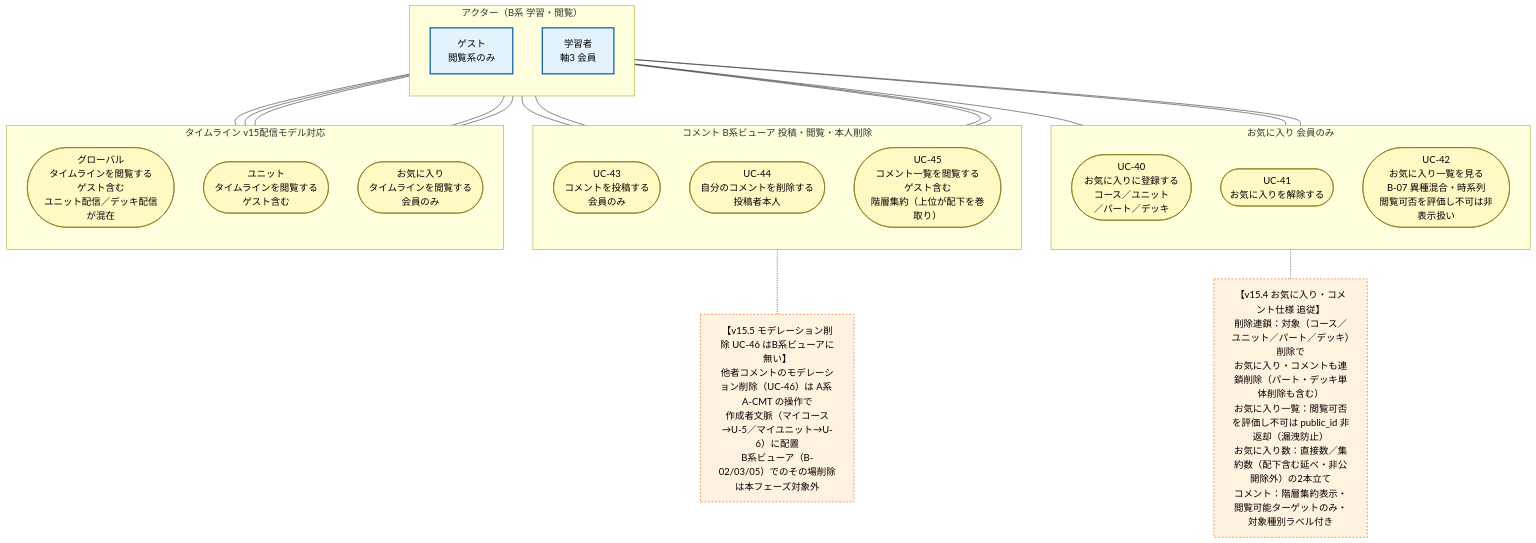
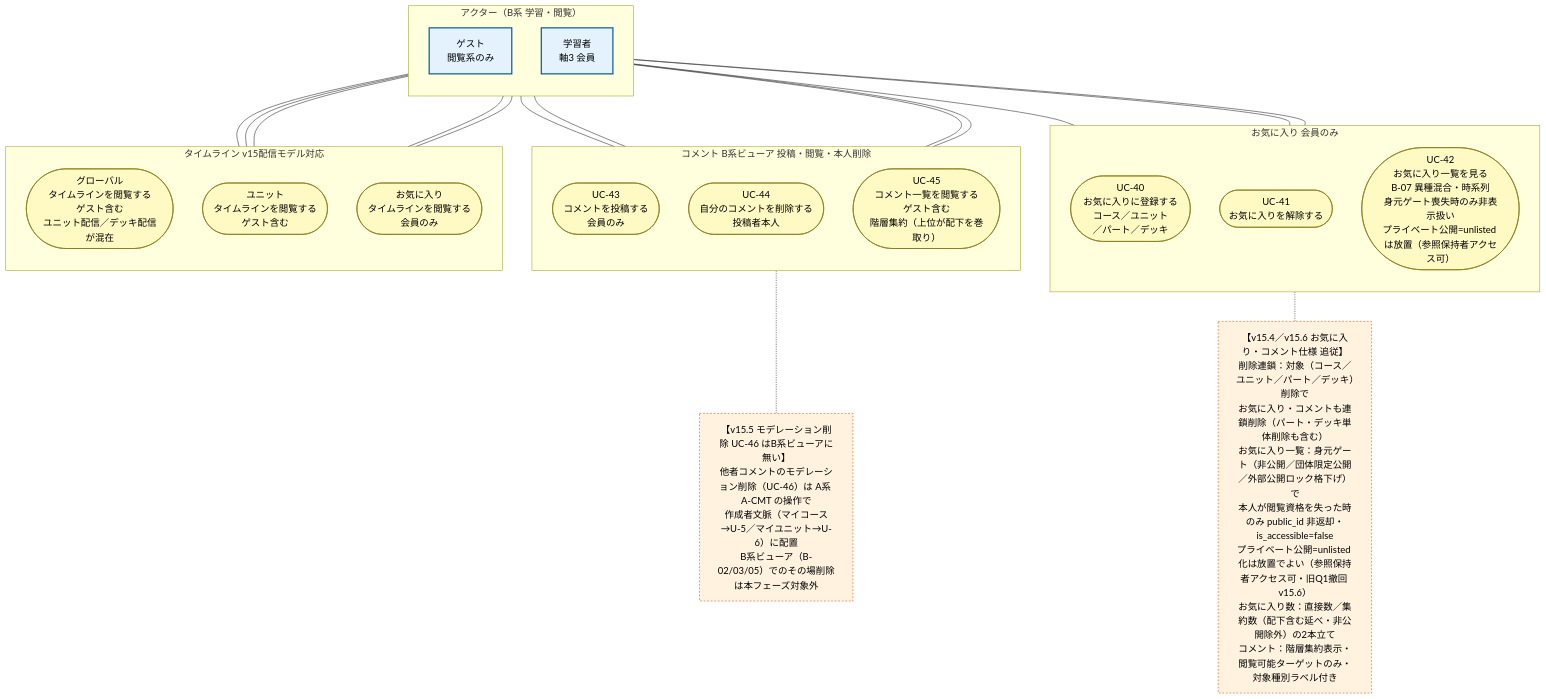
One commit to topicmaker-git/Pages changed the diagram in choi/学習者アプリ_ユースケース図/学習者アプリ_ユースケース図_U4_お気に入りコメントタイムライン.mmd. Above: the diagram before and after it, drawn with Mermaid. The commit also changed 8 other files, not shown here.

```diff
--- a/choi/学習者アプリ_ユースケース図/学習者アプリ_ユースケース図_U4_お気に入りコメントタイムライン.mmd
+++ b/choi/学習者アプリ_ユースケース図/学習者アプリ_ユースケース図_U4_お気に入りコメントタイムライン.mmd
@@ -1,55 +1,55 @@
 flowchart TB
 
 classDef actor fill:#e3f2fd,stroke:#01579b,stroke-width:2px,color:#000
 classDef uc fill:#fff9c4,stroke:#827717,stroke-width:1px,color:#000
 classDef note fill:#fff3e0,stroke:#e65100,stroke-width:1px,stroke-dasharray:3 3,color:#000
 
 subgraph A_Actors["アクター（B系 学習・閲覧）"]
     direction TB
     Guest["ゲスト<br/>閲覧系のみ"]:::actor
     Learner["学習者<br/>軸3 会員"]:::actor
 end
 
 subgraph UC_Fav["お気に入り 会員のみ"]
     direction TB
     UC40(["UC-40<br/>お気に入りに登録する<br/>コース／ユニット<br/>／パート／デッキ"])
     UC41(["UC-41<br/>お気に入りを解除する"])
-    UC42(["UC-42<br/>お気に入り一覧を見る<br/>B-07 異種混合・時系列<br/>閲覧可否を評価し不可は非表示扱い"])
+    UC42(["UC-42<br/>お気に入り一覧を見る<br/>B-07 異種混合・時系列<br/>身元ゲート喪失時のみ非表示扱い<br/>プライベート公開=unlisted は放置（参照保持者アクセス可）"])
 end
 
 subgraph UC_Comment["コメント B系ビューア 投稿・閲覧・本人削除"]
     direction TB
     UC43(["UC-43<br/>コメントを投稿する<br/>会員のみ"])
     UC44(["UC-44<br/>自分のコメントを削除する<br/>投稿者本人"])
     UC45(["UC-45<br/>コメント一覧を閲覧する<br/>ゲスト含む<br/>階層集約（上位が配下を巻取り）"])
 end
 
 subgraph UC_Timeline["タイムライン v15配信モデル対応"]
     direction TB
     UCTLAll(["グローバル<br/>タイムラインを閲覧する<br/>ゲスト含む<br/>ユニット配信／デッキ配信が混在"])
     UCTLUnit(["ユニット<br/>タイムラインを閲覧する<br/>ゲスト含む"])
     UCTLFav(["お気に入り<br/>タイムラインを閲覧する<br/>会員のみ"])
 end
 
-NoteV154["【v15.4 お気に入り・コメント仕様 追従】<br/>削除連鎖：対象（コース／ユニット／パート／デッキ）削除で<br/>お気に入り・コメントも連鎖削除（パート・デッキ単体削除も含む）<br/>お気に入り一覧：閲覧可否を評価し不可は public_id 非返却（漏洩防止）<br/>お気に入り数：直接数／集約数（配下含む延べ・非公開除外）の2本立て<br/>コメント：階層集約表示・閲覧可能ターゲットのみ・対象種別ラベル付き"]:::note
+NoteV154["【v15.4／v15.6 お気に入り・コメント仕様 追従】<br/>削除連鎖：対象（コース／ユニット／パート／デッキ）削除で<br/>お気に入り・コメントも連鎖削除（パート・デッキ単体削除も含む）<br/>お気に入り一覧：身元ゲート（非公開／団体限定公開／外部公開ロック格下げ）で<br/>本人が閲覧資格を失った時のみ public_id 非返却・is_accessible=false<br/>プライベート公開=unlisted 化は放置でよい（参照保持者アクセス可・旧Q1撤回 v15.6）<br/>お気に入り数：直接数／集約数（配下含む延べ・非公開除外）の2本立て<br/>コメント：階層集約表示・閲覧可能ターゲットのみ・対象種別ラベル付き"]:::note
 
 NoteMod["【v15.5 モデレーション削除 UC-46 はB系ビューアに無い】<br/>他者コメントのモデレーション削除（UC-46）は A系 A-CMT の操作で<br/>作成者文脈（マイコース→U-5／マイユニット→U-6）に配置<br/>B系ビューア（B-02/03/05）でのその場削除は本フェーズ対象外"]:::note
 
 Guest --- UC45
 Guest --- UCTLAll
 Guest --- UCTLUnit
 
 Learner --- UC40
 Learner --- UC41
 Learner --- UC42
 Learner --- UC43
 Learner --- UC44
 Learner --- UC45
 Learner --- UCTLAll
 Learner --- UCTLUnit
 Learner --- UCTLFav
 
 UC42 -.- NoteV154
 UC45 -.- NoteMod
 
 class UC40,UC41,UC42,UC43,UC44,UC45,UCTLAll,UCTLUnit,UCTLFav uc
```
